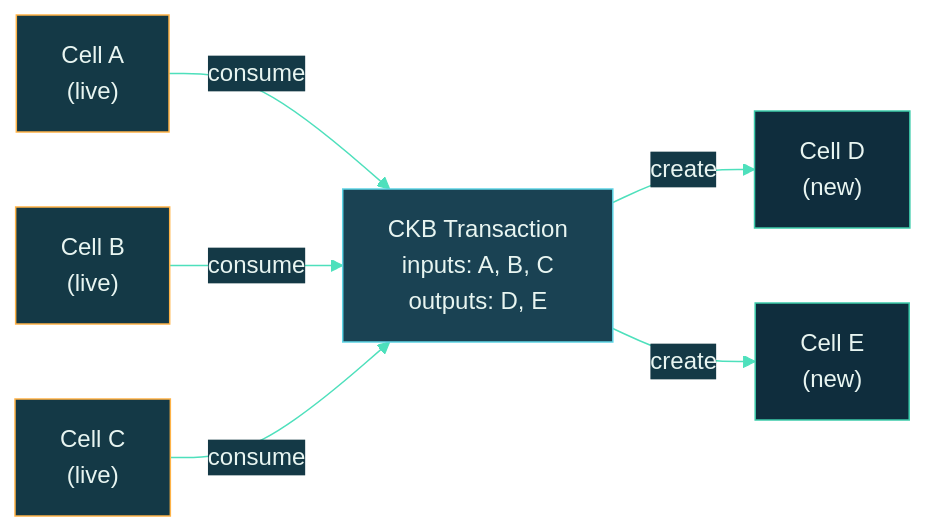
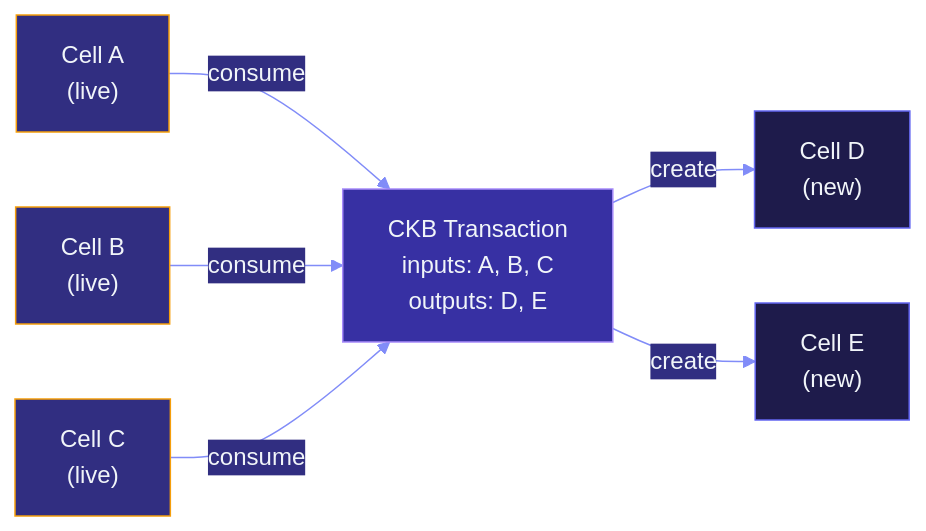
One commit to Myelin-Labs/Myelin changed the diagram in docs/concepts/what-is-ckb.md. Above: the diagram before and after it, drawn with Mermaid. The commit also changed 31 other files, not shown here.

````diff
--- a/docs/concepts/what-is-ckb.md
+++ b/docs/concepts/what-is-ckb.md
@@ -47,32 +47,32 @@
 ```mermaid
 %%{init: {
   "theme": "base",
   "themeVariables": {
-    "primaryColor": "#0F2D3D",
-    "primaryTextColor": "#E8F5F1",
-    "primaryBorderColor": "#3CCBAA",
-    "lineColor": "#4EE0BC",
-    "secondaryColor": "#143946",
-    "tertiaryColor": "#1A4253"
+    "primaryColor": "#1E1B4B",
+    "primaryTextColor": "#F1F5F9",
+    "primaryBorderColor": "#6366F1",
+    "lineColor": "#818CF8",
+    "secondaryColor": "#312E81",
+    "tertiaryColor": "#3730A3"
   }
 }}%%
 flowchart LR
     A1["Cell A<br/>(live)"]:::live
     A2["Cell B<br/>(live)"]:::live
     A3["Cell C<br/>(live)"]:::live
 
     TX["CKB Transaction<br/>inputs: A, B, C<br/>outputs: D, E"]:::tx
 
     D["Cell D<br/>(new)"]:::new
     E["Cell E<br/>(new)"]:::new
 
     A1 -->|consume| TX
     A2 -->|consume| TX
     A3 -->|consume| TX
     TX -->|create| D
     TX -->|create| E
 
-    classDef live fill:#143946,stroke:#FFB347,color:#E8F5F1;
-    classDef new  fill:#0F2D3D,stroke:#3CCBAA,color:#E8F5F1;
-    classDef tx   fill:#1A4253,stroke:#5DD4E5,color:#E8F5F1;
+    classDef live fill:#312E81,stroke:#F59E0B,color:#F1F5F9;
+    classDef new  fill:#1E1B4B,stroke:#6366F1,color:#F1F5F9;
+    classDef tx   fill:#3730A3,stroke:#A78BFA,color:#F1F5F9;
 ```
````
